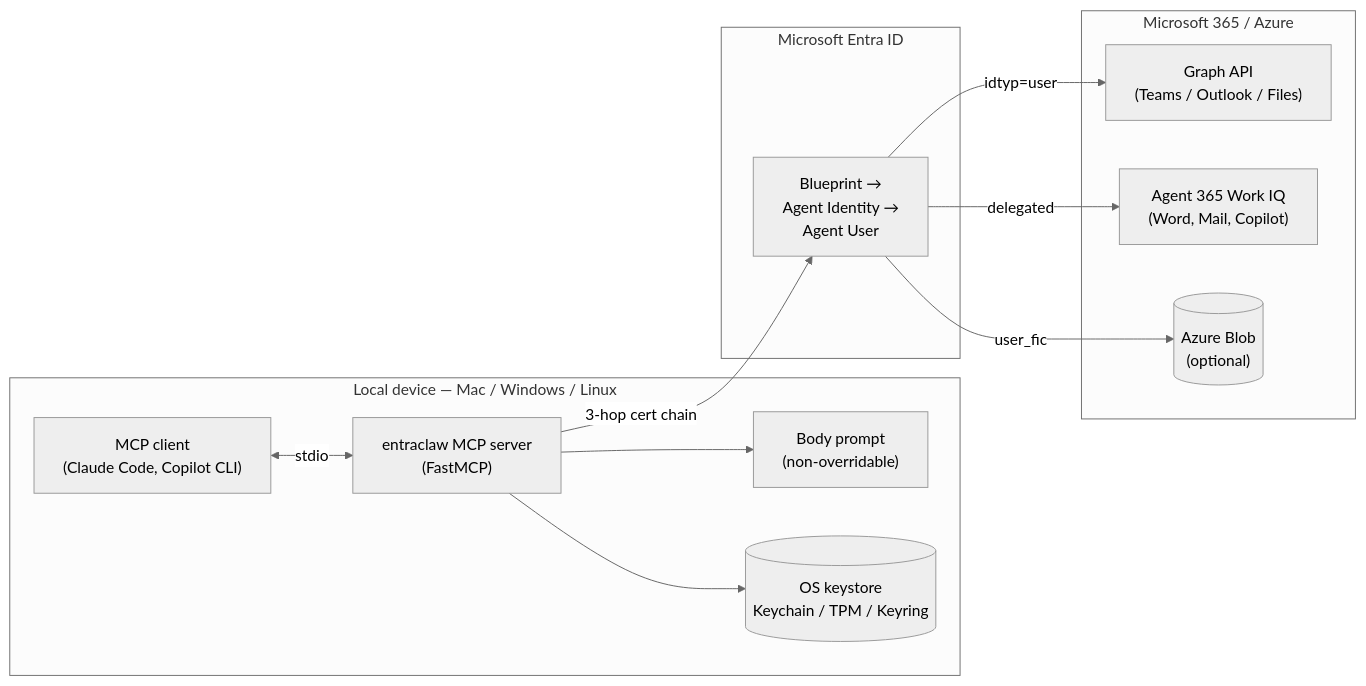
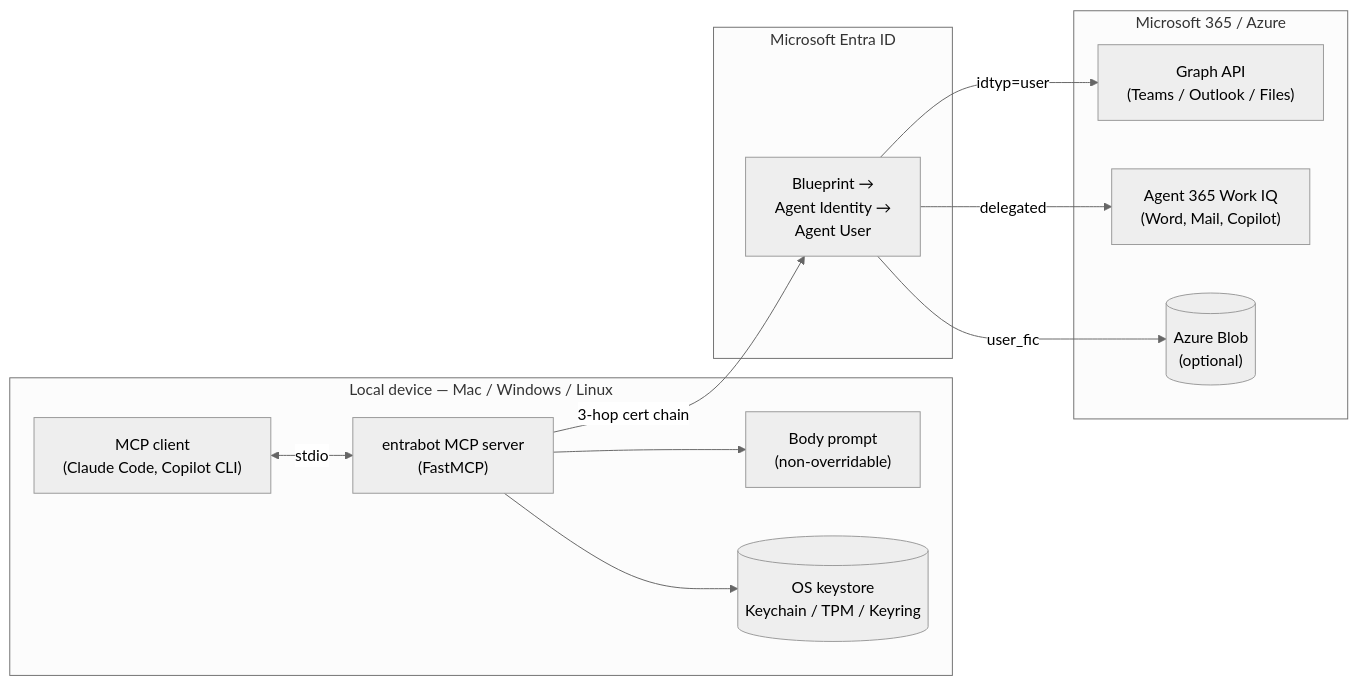
Before and after one commit to microsoft/entrabot: the diagram in README.md, drawn with Mermaid (neutral theme). The commit also changed other lines of this file and 325 other files, not shown here.

First line of the commit message:
refactor: rename entraclaw to entrabot across codebase

````diff
--- a/README.md
+++ b/README.md
@@ -49,27 +49,27 @@
 ```mermaid
 flowchart LR
     subgraph Device["Local device — Mac / Windows / Linux"]
         Client["MCP client<br/>(Claude Code, Copilot CLI)"]
-        Server["entraclaw MCP server<br/>(FastMCP)"]
+        Server["entrabot MCP server<br/>(FastMCP)"]
         Body["Body prompt<br/>(non-overridable)"]
         Keys[("OS keystore<br/>Keychain / TPM / Keyring")]
     end
 
     subgraph Entra["Microsoft Entra ID"]
         AgentID["Blueprint →<br/>Agent Identity →<br/>Agent User"]
     end
 
     subgraph M365["Microsoft 365 / Azure"]
         Graph["Graph API<br/>(Teams / Outlook / Files)"]
         A365["Agent 365 Work IQ<br/>(Word, Mail, Copilot)"]
         Blob[("Azure Blob<br/>(optional)")]
     end
 
     Client <-->|stdio| Server
     Server --> Body
     Server --> Keys
     Server -->|3-hop cert chain| AgentID
     AgentID -->|idtyp=user| Graph
     AgentID -->|delegated| A365
     AgentID -->|user_fic| Blob
 ```
````
